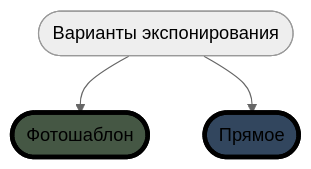
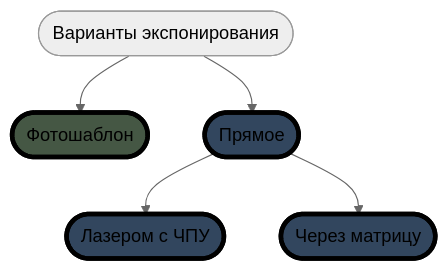
One commit to ufrs12/OLTA-RU changed the fifth of 11 diagrams in README.md. Above: the diagram before and after it, drawn with Mermaid (neutral theme).

````diff
--- a/README.md
+++ b/README.md
@@ -97,15 +97,20 @@
 ```mermaid
 graph TD;
 classDef class1 fill:#544457, stroke:#000, stroke-width:4px
 classDef class2 fill:#32465e, stroke:#000, stroke-width:4px
 classDef class3 fill:#455744, stroke:#000, stroke-width:4px
 classDef class4 fill:#5e4832, stroke:#000, stroke-width:4px
 classDef class5 fill:#5e3332, stroke:#000, stroke-width:4px
 
-    Z([Варианты экспонирования])
-    A([Фотошаблон]):::class3
-    B([Прямое]):::class2
+   Z([Варианты экспонирования])
+   A([Фотошаблон]):::class3
+   B([Прямое]):::class2
+   C([Лазером с ЧПУ]):::class2
+   D([Через матрицу]):::class2
 
-    Z-->A;
-    Z-->B;
+   Z-->A;
+   Z-->B;
+   B-->C;
+   B-->D;
+
 ```
````
